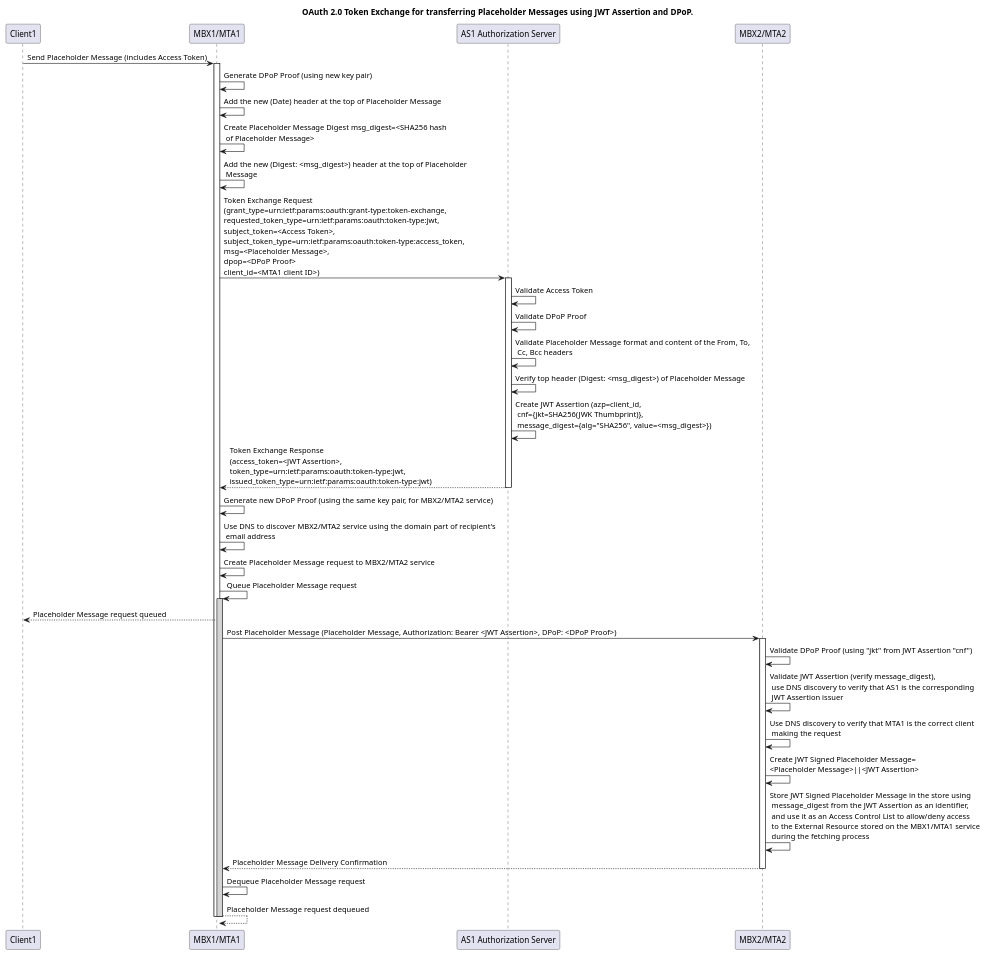
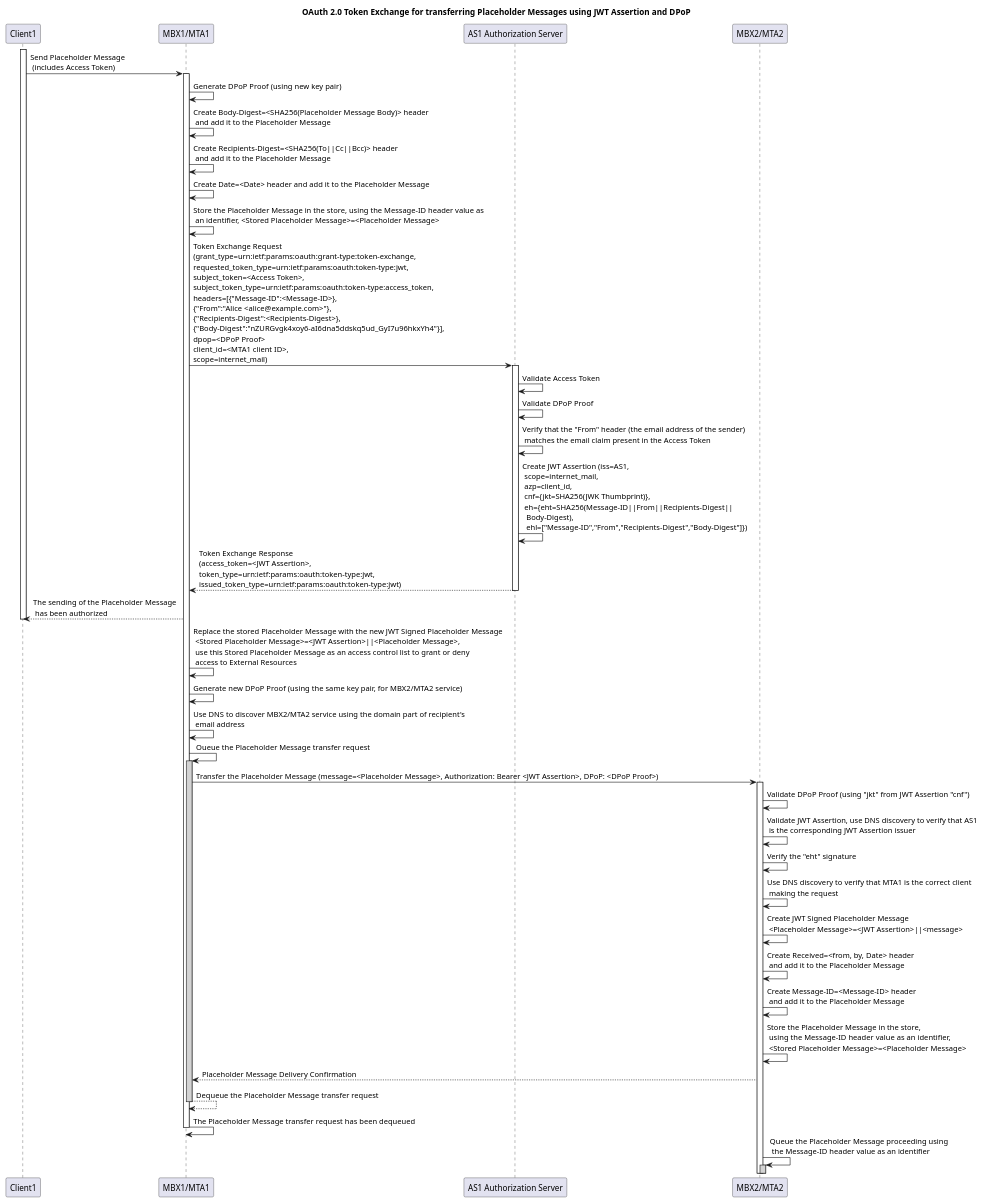
One commit to federizer/federizer changed the second of 4 diagrams in docs/DESCRIPTION.md. Above: the diagram before and after it, drawn with PlantUML. The commit also changed other lines of this file and 2 other files, not shown here.

````diff
--- a/docs/DESCRIPTION.md
+++ b/docs/DESCRIPTION.md
@@ -309,56 +396,62 @@
 ```plantuml
 @startuml
-title OAuth 2.0 Token Exchange for transferring Placeholder Messages using JWT Assertion and DPoP.
+title OAuth 2.0 Token Exchange for transferring Placeholder Messages using JWT Assertion and DPoP
 participant "Client1" as Client1
 participant "MBX1/MTA1" as Entity1
 participant "AS1 Authorization Server" as AuthServer
 participant "MBX2/MTA2" as Entity2
 
-Client1 -> Entity1: Send Placeholder Message (includes Access Token)
+activate Client1
+Client1 -> Entity1: Send Placeholder Message\n (includes Access Token)
 activate Entity1
 
 Entity1 -> Entity1: Generate DPoP Proof (using new key pair)
-Entity1 -> Entity1: Add the new (Date) header at the top of Placeholder Message
-Entity1 -> Entity1: Create Placeholder Message Digest msg_digest=<SHA256 hash\n of Placeholder Message>
-Entity1 -> Entity1: Add the new (Digest: <msg_digest>) header at the top of Placeholder\n Message
-
-Entity1 -> AuthServer: Token Exchange Request\n(grant_type=urn:ietf:params:oauth:grant-type:token-exchange,\nrequested_token_type=urn:ietf:params:oauth:token-type:jwt,\nsubject_token=<Access Token>,\nsubject_token_type=urn:ietf:params:oauth:token-type:access_token,\nmsg=<Placeholder Message>,\ndpop=<DPoP Proof>\nclient_id=<MTA1 client ID>)
+Entity1 -> Entity1: Create Body-Digest=<SHA256(Placeholder Message Body)> header\n and add it to the Placeholder Message
+Entity1 -> Entity1: Create Recipients-Digest=<SHA256(To||Cc||Bcc)> header\n and add it to the Placeholder Message
+Entity1 -> Entity1: Create Date=<Date> header and add it to the Placeholder Message
+Entity1 -> Entity1: Store the Placeholder Message in the store, using the Message-ID header value as\n an identifier, <Stored Placeholder Message>=<Placeholder Message>
+Entity1 -> AuthServer: Token Exchange Request\n(grant_type=urn:ietf:params:oauth:grant-type:token-exchange,\nrequested_token_type=urn:ietf:params:oauth:token-type:jwt,\nsubject_token=<Access Token>,\nsubject_token_type=urn:ietf:params:oauth:token-type:access_token,\nheaders=[{"Message-ID":<Message-ID>},\n{"From":"Alice <alice@example.com>"},\n{"Recipients-Digest":<Recipients-Digest>},\n{"Body-Digest":"nZURGvgk4xoy6-aI6dna5ddskq5ud_GyI7u96hkxYh4"}],\ndpop=<DPoP Proof>\nclient_id=<MTA1 client ID>,\nscope=internet_mail)
 activate AuthServer
 
 AuthServer -> AuthServer: Validate Access Token
 AuthServer -> AuthServer: Validate DPoP Proof
-AuthServer -> AuthServer: Validate Placeholder Message format and content of the From, To,\n Cc, Bcc headers
-AuthServer -> AuthServer: Verify top header (Digest: <msg_digest>) of Placeholder Message
-AuthServer -> AuthServer: Create JWT Assertion (azp=client_id,\n cnf={jkt=SHA256(JWK Thumbprint)},\n message_digest={alg="SHA256", value=<msg_digest>})
+AuthServer -> AuthServer: Verify that the "From" header (the email address of the sender)\n matches the email claim present in the Access Token
+AuthServer -> AuthServer: Create JWT Assertion (iss=AS1,\n scope=internet_mail,\n azp=client_id,\n cnf={jkt=SHA256(JWK Thumbprint)},\n eh={eht=SHA256(Message-ID||From||Recipients-Digest||\n  Body-Digest),\n  ehl=["Message-ID","From","Recipients-Digest","Body-Digest"]})
 
 AuthServer --> Entity1: Token Exchange Response\n(access_token=<JWT Assertion>,\ntoken_type=urn:ietf:params:oauth:token-type:jwt,\nissued_token_type=urn:ietf:params:oauth:token-type:jwt)
 deactivate AuthServer
 
+Entity1 --> Client1: The sending of the Placeholder Message\n has been authorized
+deactivate Client1
+
+Entity1 -> Entity1: Replace the stored Placeholder Message with the new JWT Signed Placeholder Message\n <Stored Placeholder Message>=<JWT Assertion>||<Placeholder Message>,\n use this Stored Placeholder Message as an access control list to grant or deny\n access to External Resources
 Entity1 -> Entity1: Generate new DPoP Proof (using the same key pair, for MBX2/MTA2 service)
 
 Entity1 -> Entity1: Use DNS to discover MBX2/MTA2 service using the domain part of recipient's\n email address
-Entity1 -> Entity1: Create Placeholder Message request to MBX2/MTA2 service
-Entity1 -> Entity1: Queue Placeholder Message request
+Entity1 -> Entity1: Oueue the Placeholder Message transfer request
 activate Entity1 #LightGray
 
-Entity1 --> Client1: Placeholder Message request queued
-
-Entity1 -> Entity2: Post Placeholder Message (Placeholder Message, Authorization: Bearer <JWT Assertion>, DPoP: <DPoP Proof>)
+Entity1 -> Entity2: Transfer the Placeholder Message (message=<Placeholder Message>, Authorization: Bearer <JWT Assertion>, DPoP: <DPoP Proof>)
 activate Entity2
 
 Entity2 -> Entity2: Validate DPoP Proof (using "jkt" from JWT Assertion "cnf")
-Entity2 -> Entity2: Validate JWT Assertion (verify message_digest),\n use DNS discovery to verify that AS1 is the corresponding\n JWT Assertion issuer
+Entity2 -> Entity2: Validate JWT Assertion, use DNS discovery to verify that AS1\n is the corresponding JWT Assertion issuer
+Entity2 -> Entity2: Verify the "eht" signature
 Entity2 -> Entity2: Use DNS discovery to verify that MTA1 is the correct client\n making the request
-Entity2 -> Entity2: Create JWT Signed Placeholder Message=\n<Placeholder Message>||<JWT Assertion>
-Entity2 -> Entity2: Store JWT Signed Placeholder Message in the store using\n message_digest from the JWT Assertion as an identifier,\n and use it as an Access Control List to allow/deny access\n to the External Resource stored on the MBX1/MTA1 service\n during the fetching process
+Entity2 -> Entity2: Create JWT Signed Placeholder Message\n <Placeholder Message>=<JWT Assertion>||<message>
+Entity2 -> Entity2: Create Received=<from, by, Date> header\n and add it to the Placeholder Message
+Entity2 -> Entity2: Create Message-ID=<Message-ID> header\n and add it to the Placeholder Message
+Entity2 -> Entity2: Store the Placeholder Message in the store,\n using the Message-ID header value as an identifier,\n <Stored Placeholder Message>=<Placeholder Message>
 Entity2 --> Entity1: Placeholder Message Delivery Confirmation
-deactivate Entity2
-Entity1 -> Entity1: Dequeue Placeholder Message request
-Entity1 --> Entity1: Placeholder Message request dequeued
+'deactivate Entity2
+
+Entity1 --> Entity1: Dequeue the Placeholder Message transfer request
+deactivate Entity1
+Entity1 -> Entity1: The Placeholder Message transfer request has been dequeued
 deactivate Entity1
 
-'Entity1 --> User: Placeholder Message Sent Confirmation
-deactivate Entity1
+Entity2 -> Entity2: Queue the Placeholder Message proceeding using\n the Message-ID header value as an identifier
+activate Entity2 #LightGray
 
 @enduml
 ```
````
